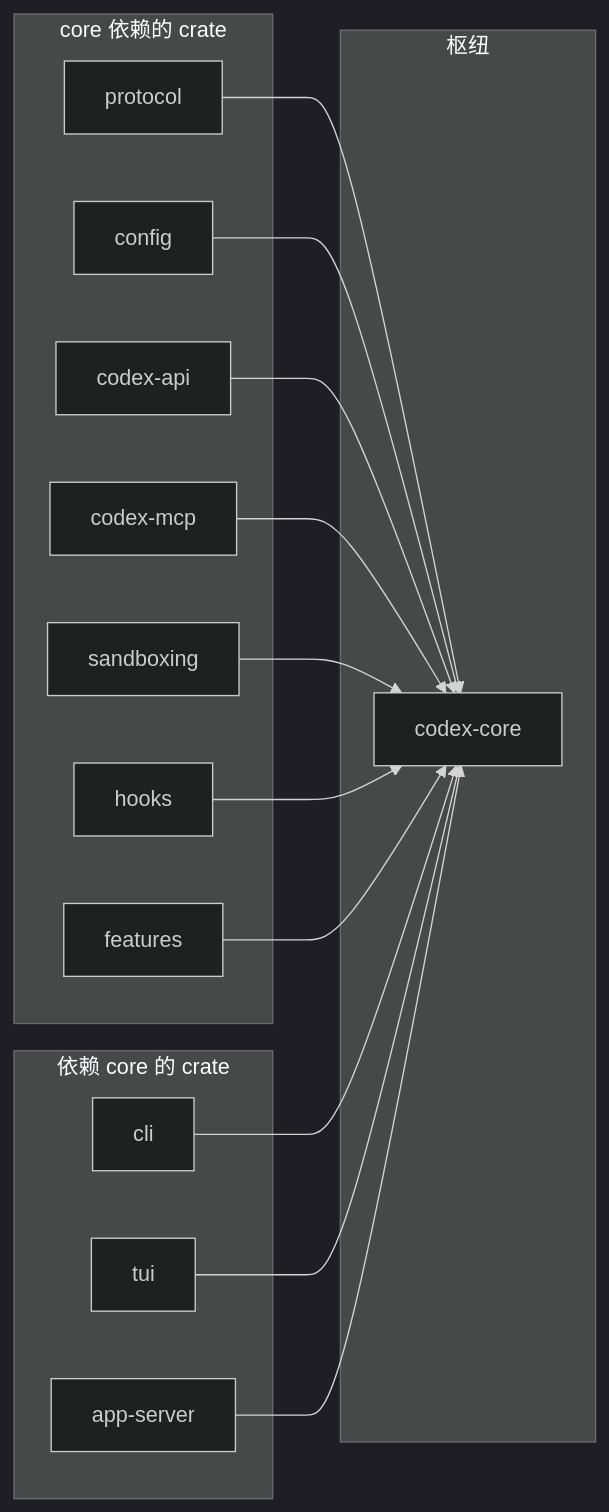
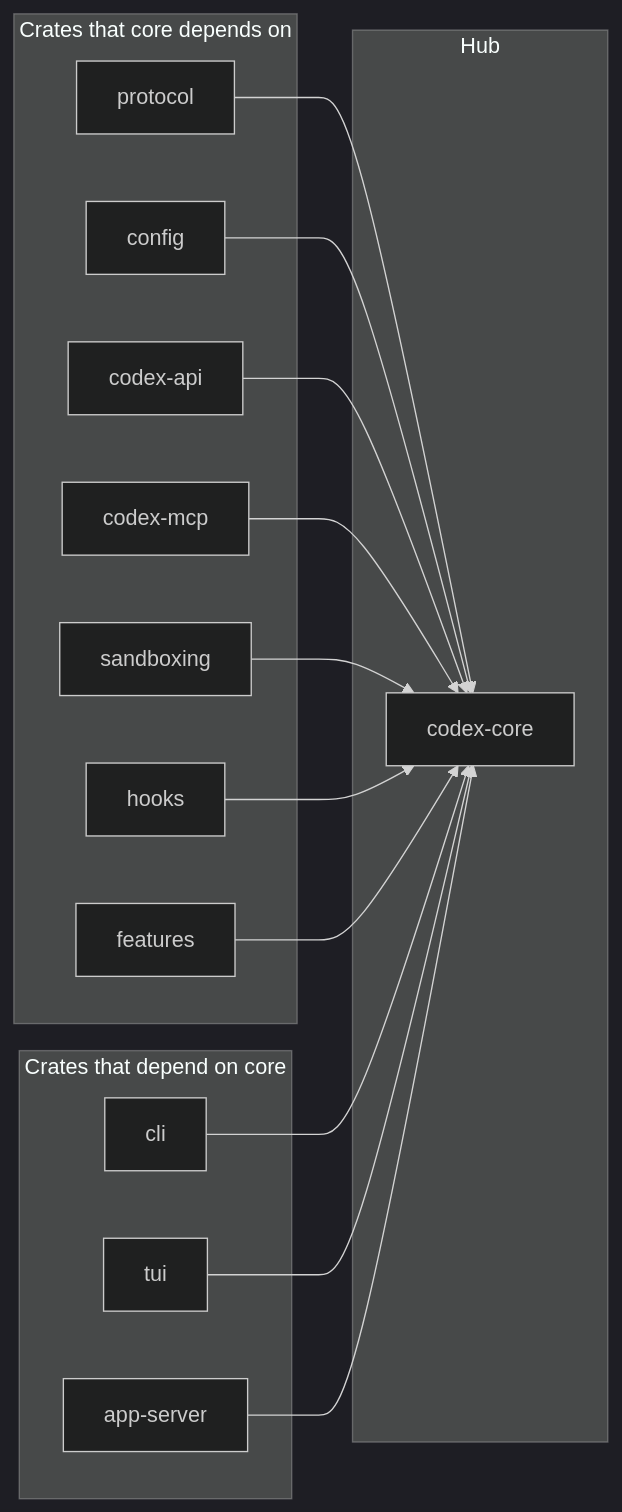
One commit to yibn2008/learn-codex changed the second of 2 diagrams in wiki/00-project-overview.md. Above: the diagram before and after it, drawn with Mermaid (dark theme). The commit also changed other lines of this file and 32 other files, not shown here.

````diff
--- a/wiki/00-project-overview.md
+++ b/wiki/00-project-overview.md
@@ -424,33 +425,33 @@
 ```mermaid
 graph LR
-    subgraph core 依赖的 crate
+    subgraph "Crates that core depends on"
         PROTO[protocol]
         CONFIG[config]
         API[codex-api]
         MCP[codex-mcp]
         SANDBOX[sandboxing]
         HOOKS[hooks]
         FEAT[features]
     end
 
-    subgraph 枢纽
+    subgraph "Hub"
         CORE[codex-core]
     end
 
-    subgraph 依赖 core 的 crate
+    subgraph "Crates that depend on core"
         CLI[cli]
         TUI[tui]
         APP[app-server]
     end
 
     PROTO --> CORE
     CONFIG --> CORE
     API --> CORE
     MCP --> CORE
     SANDBOX --> CORE
     HOOKS --> CORE
     FEAT --> CORE
     CLI --> CORE
     TUI --> CORE
     APP --> CORE
 ```
````
